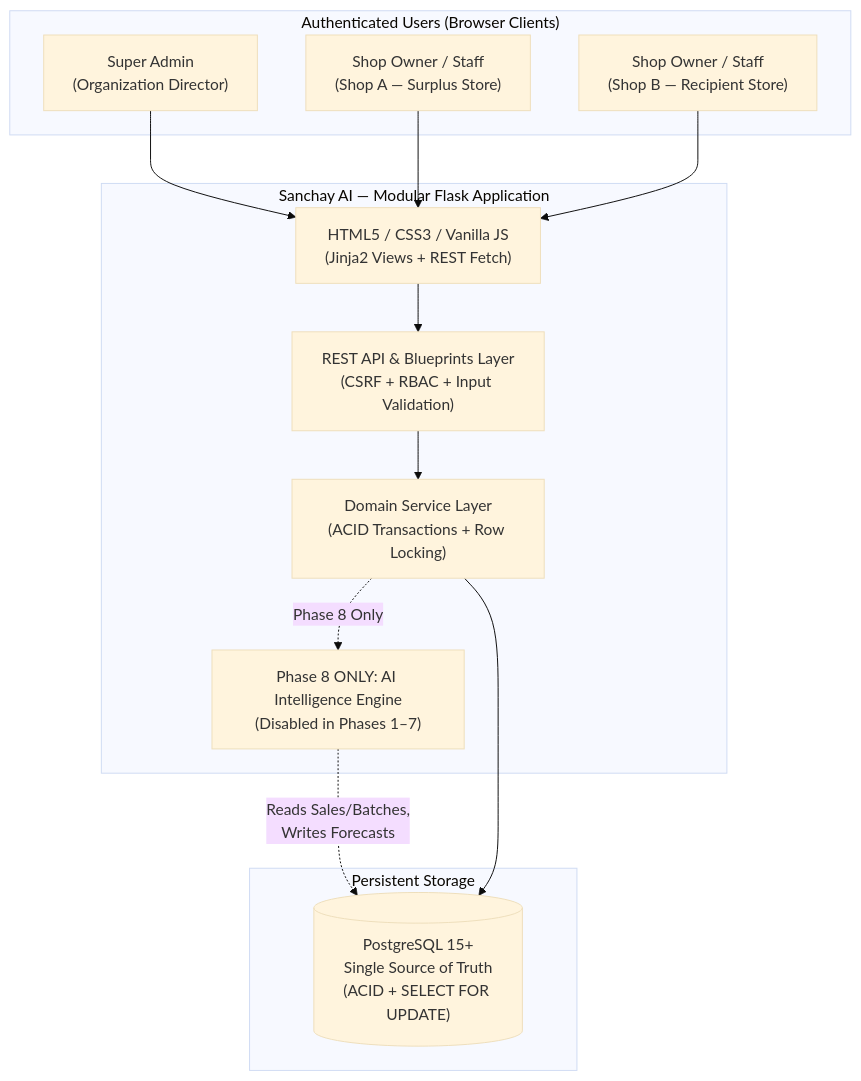
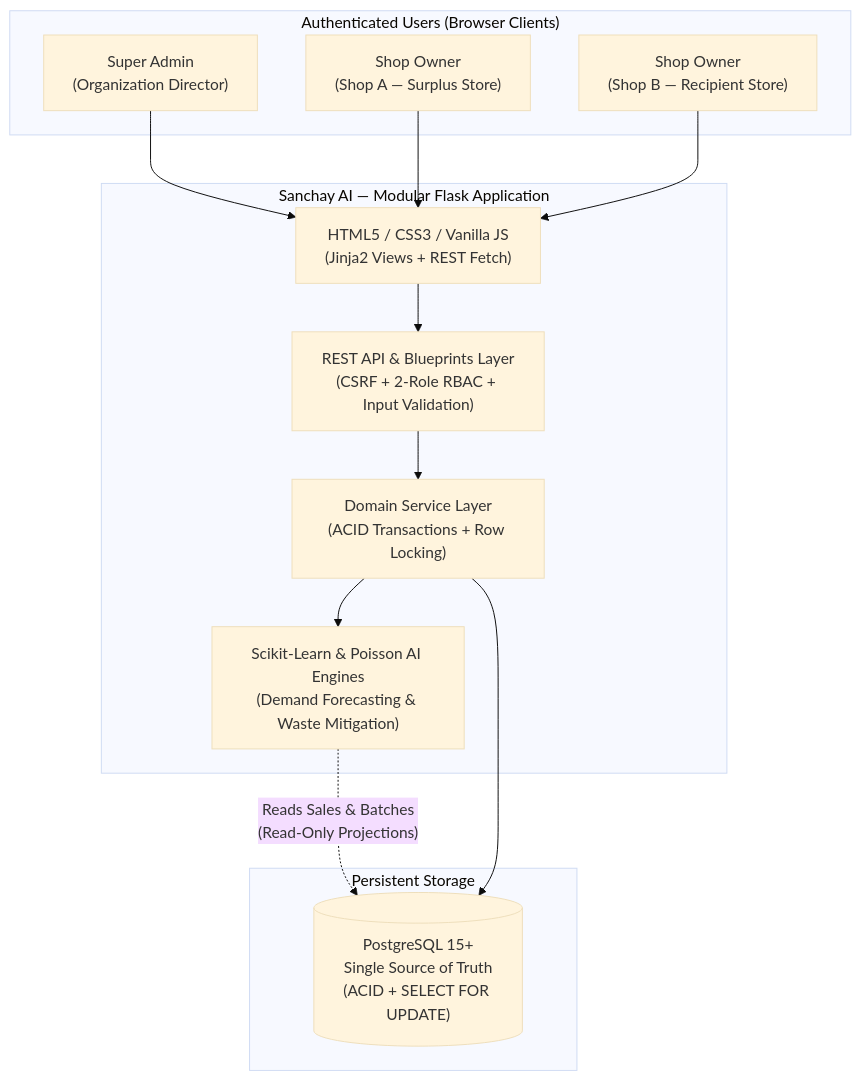
Before and after one commit to Shirooni-01/Sanchay-AI: the first of 5 diagrams in ARCHITECTURE.md, drawn with Mermaid (base theme). The commit also changed other lines of this file and 11 other files, not shown here.

````diff
--- a/ARCHITECTURE.md
+++ b/ARCHITECTURE.md
@@ -12,28 +12,28 @@
 ```mermaid
 flowchart TB
     subgraph Users["Authenticated Users (Browser Clients)"]
         SA["Super Admin\n(Organization Director)"]
-        SO1["Shop Owner / Staff\n(Shop A — Surplus Store)"]
-        SO2["Shop Owner / Staff\n(Shop B — Recipient Store)"]
+        SO1["Shop Owner\n(Shop A — Surplus Store)"]
+        SO2["Shop Owner\n(Shop B — Recipient Store)"]
     end
 
     subgraph FlaskApp["Sanchay AI — Modular Flask Application"]
         UI["HTML5 / CSS3 / Vanilla JS\n(Jinja2 Views + REST Fetch)"]
-        API["REST API & Blueprints Layer\n(CSRF + RBAC + Input Validation)"]
+        API["REST API & Blueprints Layer\n(CSRF + 2-Role RBAC + Input Validation)"]
         SVC["Domain Service Layer\n(ACID Transactions + Row Locking)"]
-        AI_MOD["Phase 8 ONLY: AI Intelligence Engine\n(Disabled in Phases 1–7)"]
+        AI_MOD["Scikit-Learn & Poisson AI Engines\n(Demand Forecasting & Waste Mitigation)"]
     end
 
     subgraph Storage["Persistent Storage"]
         PG[("PostgreSQL 15+\nSingle Source of Truth\n(ACID + SELECT FOR UPDATE)")]
     end
 
     SA --> UI
     SO1 --> UI
     SO2 --> UI
     UI --> API
     API --> SVC
-    SVC -. "Phase 8 Only" .-> AI_MOD
-    AI_MOD -. "Reads Sales/Batches,\nWrites Forecasts" .-> PG
+    SVC --> AI_MOD
+    AI_MOD -. "Reads Sales & Batches\n(Read-Only Projections)" .-> PG
     SVC --> PG
 ```
````
